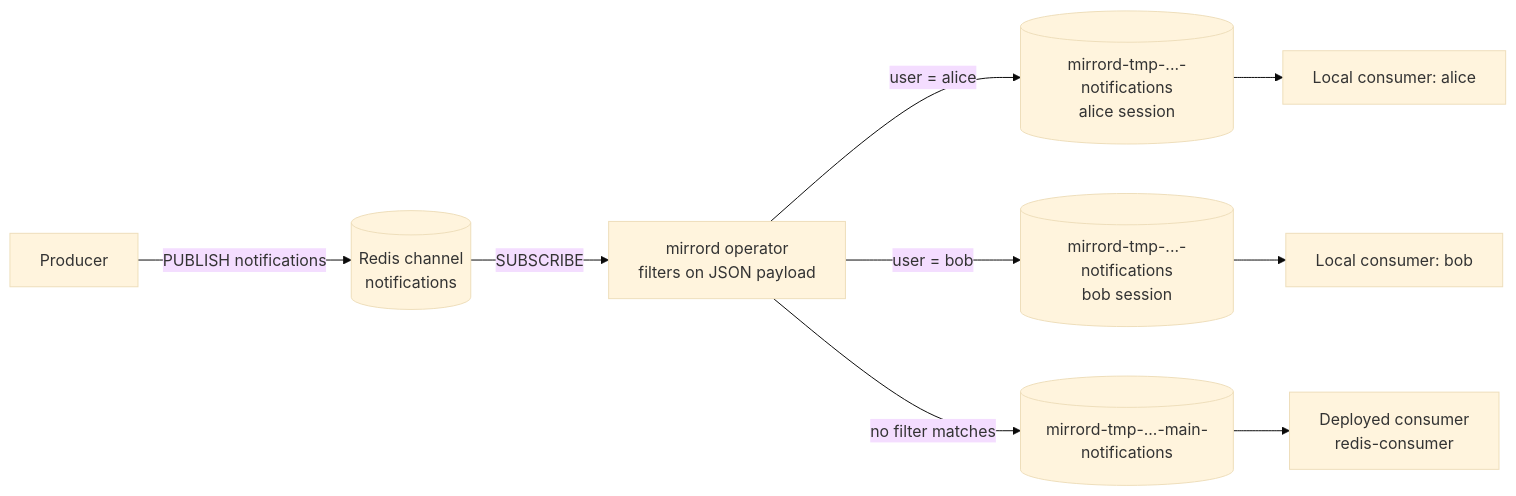
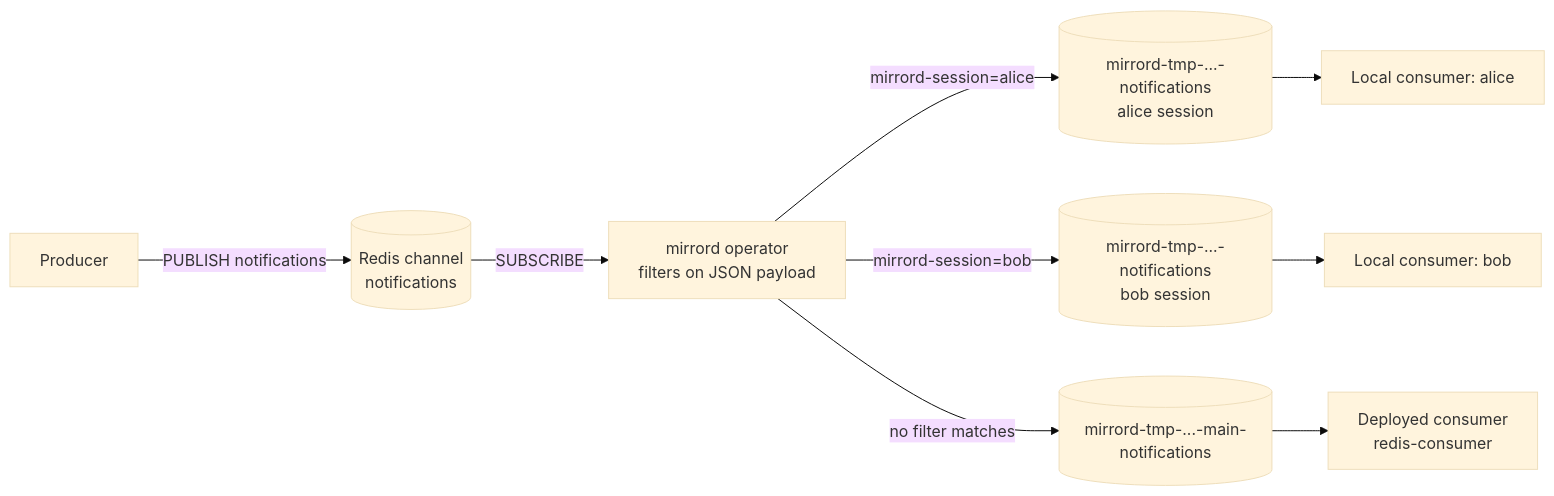
Before and after one commit to metalbear-co/docs: the diagram in docs/tutorials/queues/how-to-test-redis-pubsub-consumers.md, drawn with Mermaid (base theme). The commit also changed other lines of this file and 7 other files, not shown here.

````diff
--- a/docs/tutorials/queues/how-to-test-redis-pubsub-consumers.md
+++ b/docs/tutorials/queues/how-to-test-redis-pubsub-consumers.md
@@ -527,11 +504,11 @@
 ```mermaid
 flowchart LR
     P[Producer] -->|PUBLISH notifications| O[(Redis channel<br/>notifications)]
     O -->|SUBSCRIBE| OP[mirrord operator<br/>filters on JSON payload]
-    OP -->|user = alice| A[(mirrord-tmp-...-notifications<br/>alice session)]
-    OP -->|user = bob| B[(mirrord-tmp-...-notifications<br/>bob session)]
+    OP -->|mirrord-session=alice| A[(mirrord-tmp-...-notifications<br/>alice session)]
+    OP -->|mirrord-session=bob| B[(mirrord-tmp-...-notifications<br/>bob session)]
     OP -->|no filter matches| M[(mirrord-tmp-...-main-notifications)]
     A --> LA[Local consumer: alice]
     B --> LB[Local consumer: bob]
     M --> D[Deployed consumer<br/>redis-consumer]
 ```
````
